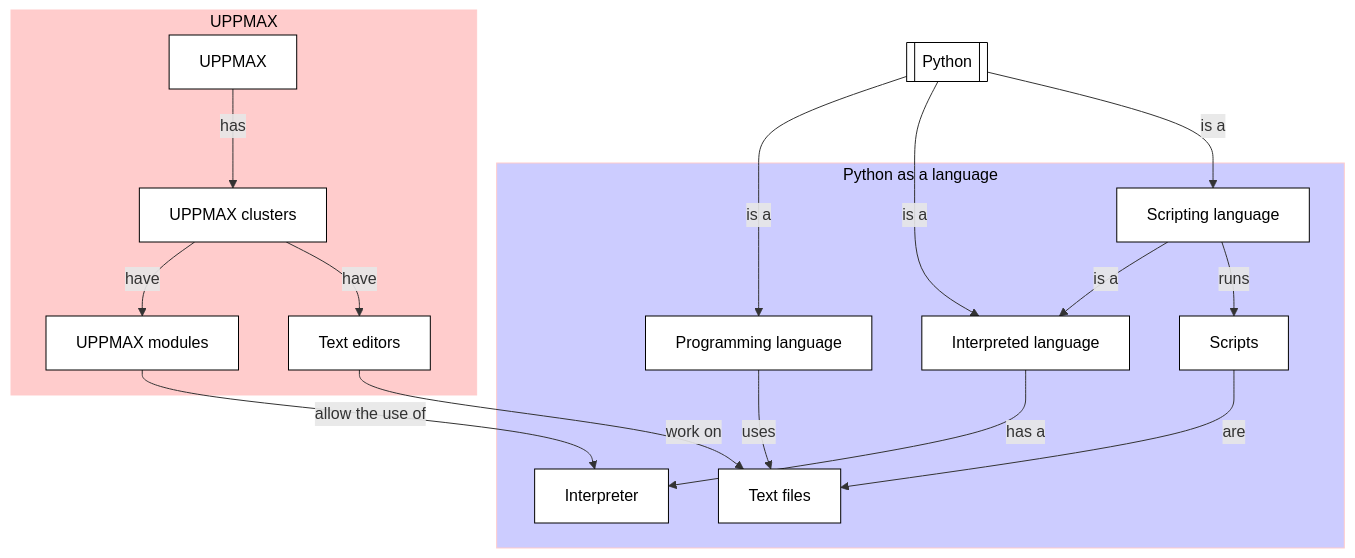
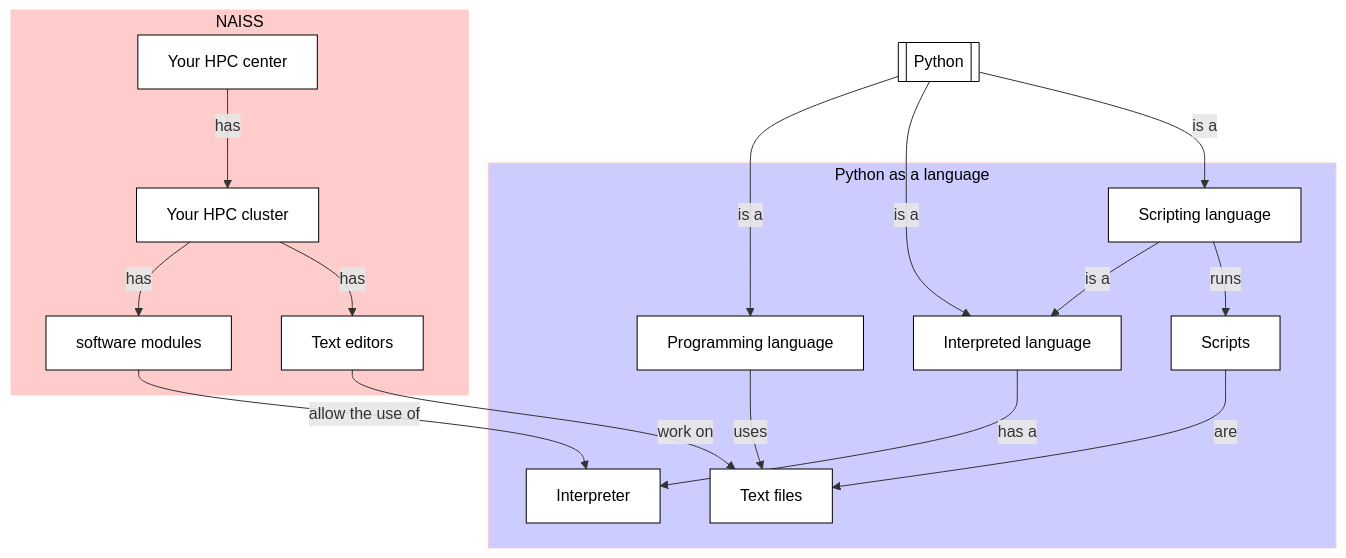
One commit to UPPMAX/uppmax_intro_python changed the diagram in docs/sessions/working_with_python_scripts.md. Above: the diagram before and after it, drawn with Mermaid.

Commit message:
Make NAISS-wide

````diff
--- a/docs/sessions/working_with_python_scripts.md
+++ b/docs/sessions/working_with_python_scripts.md
@@ -48,54 +48,49 @@
 ```mermaid
 flowchart TD
     python[[Python]]
 
     %% Give a white background to all nodes, instead of a transparent one
     classDef node fill:#fff,color:#000,stroke:#000
 
     subgraph sub_programming_language[Python as a language]
       interpreted_language[Interpreted language]
       programming_language[Programming language]
       scripting_language[Scripting language]
       interpreter[Interpreter]
       scripts[Scripts]
       text_files[Text files]
     end
     style sub_programming_language fill:#ccf,color:#000,stroke:#fcc
 
 
-    subgraph sub_uppmax[UPPMAX]
-      uppmax[UPPMAX]
-      uppmax_modules[UPPMAX modules]
-      uppmax_clusters[UPPMAX clusters]
+    subgraph sub_naiss[NAISS]
+      your_hpc_center[Your HPC center]
+      your_hpc_cluster[Your HPC cluster]
+      modules[software modules]
       text_editors[Text editors]
-      %%x_forwarding[X-forwarding]
-      %%remote_desktop[Remote desktop]
     end
-    style sub_uppmax fill:#fcc,color:#000,stroke:#fcc
+    style sub_naiss fill:#fcc,color:#000,stroke:#fcc
 
     python --> |is a| programming_language
     python --> |is a| interpreted_language
     python --> |is a| scripting_language
 
     programming_language --> |uses| text_files
     interpreted_language --> |has a| interpreter
     scripting_language --> |is a|interpreted_language
     scripting_language --> |runs| scripts
     scripts --> |are| text_files
     %% scripts --> |can use| command_line_arguments
 
-    uppmax --> |has| uppmax_clusters
-    uppmax_clusters --> |have| uppmax_modules
-    uppmax_clusters --> |have| text_editors
-    %%uppmax_clusters --> |allow| x_forwarding
-    %%uppmax_clusters --> |has| remote_desktop
-    %% uppmax_modules --> |allow the use of| python_packages
-    uppmax_modules --> |allow the use of| interpreter
+    your_hpc_center --> |has| your_hpc_cluster
+    your_hpc_cluster --> |has| modules
+    your_hpc_cluster --> |has| text_editors
+    modules --> |allow the use of| interpreter
 
     text_editors --> |work on|text_files
     %%x_forwarding --> |allows|graphics
     %%remote_desktop --> |allows|graphics
     
 
     %% variables ~~~ uppmax
 ```
````
